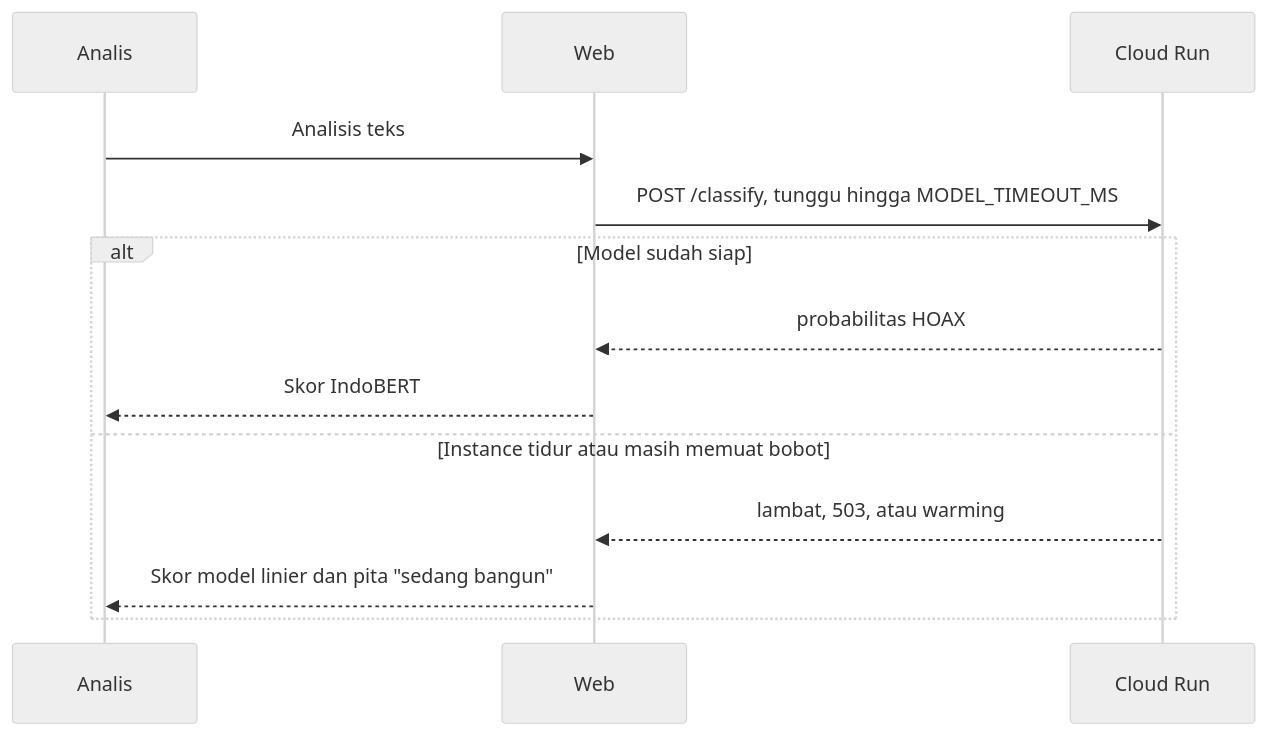
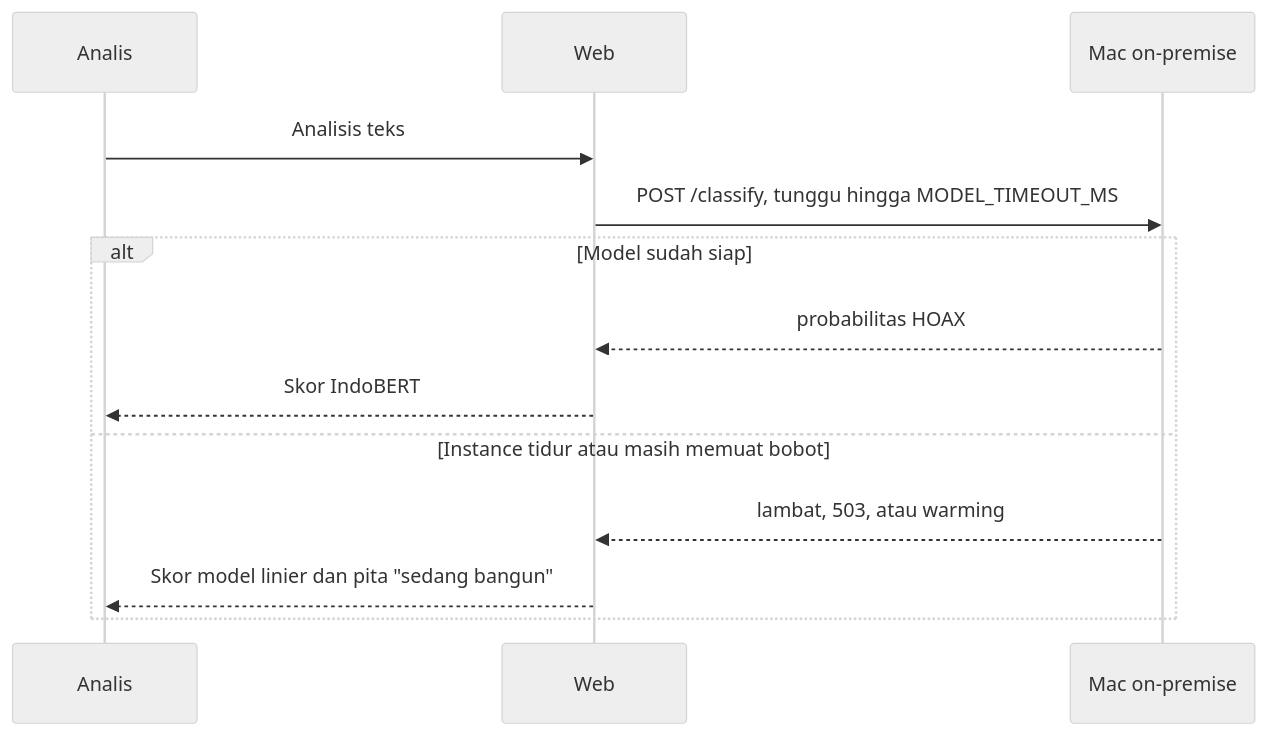
Before and after one commit to Moch-Iqbaal/kartika-sentinel: the second of 2 diagrams in docs/ARCHITECTURE.md, drawn with Mermaid (neutral theme). The commit also changed other lines of this file and 16 other files, not shown here.

````diff
--- a/docs/ARCHITECTURE.md
+++ b/docs/ARCHITECTURE.md
@@ -25,15 +25,15 @@
 ```mermaid
 sequenceDiagram
   participant A as Analis
   participant W as Web
-  participant M as Cloud Run
+  participant M as Mac on-premise
   A->>W: Analisis teks
   W->>M: POST /classify, tunggu hingga MODEL_TIMEOUT_MS
   alt Model sudah siap
     M-->>W: probabilitas HOAX
     W-->>A: Skor IndoBERT
   else Instance tidur atau masih memuat bobot
     M-->>W: lambat, 503, atau warming
     W-->>A: Skor model linier dan pita "sedang bangun"
   end
 ```
````
